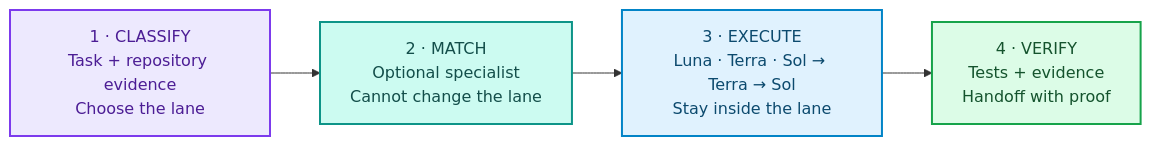
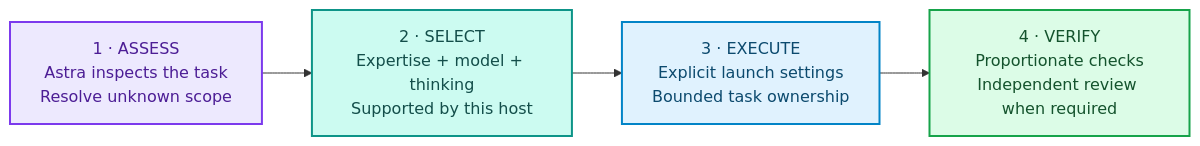
Before and after one commit to KarthikRamesh9149/laneorchestrator: the second of 2 diagrams in README.md, drawn with Mermaid. The commit also changed other lines of this file and 15 other files, not shown here.

Commit message:
feat: launch Astra with a cinematic Codex desktop and CLI demo

````diff
--- a/README.md
+++ b/README.md
@@ -118,16 +113,14 @@
 ```mermaid
 flowchart LR
-    CLASSIFY["1 · CLASSIFY<br/>Task + repository evidence<br/>Choose the lane"] --> MATCH["2 · MATCH<br/>Optional specialist<br/>Cannot change the lane"]
-    MATCH --> EXECUTE["3 · EXECUTE<br/>Luna · Terra · Sol → Terra → Sol<br/>Stay inside the lane"]
-    EXECUTE --> VERIFY["4 · VERIFY<br/>Tests + evidence<br/>Handoff with proof"]
-
+    ASSESS["1 · ASSESS<br/>Astra inspects the task<br/>Resolve unknown scope"] --> SELECT["2 · SELECT<br/>Expertise + model + thinking<br/>Supported by this host"]
+    SELECT --> EXECUTE["3 · EXECUTE<br/>Explicit launch settings<br/>Bounded task ownership"]
+    EXECUTE --> VERIFY["4 · VERIFY<br/>Proportionate checks<br/>Independent review when required"]
     classDef classify fill:#EDE9FE,stroke:#7C3AED,color:#4C1D95,stroke-width:2px;
     classDef match fill:#CCFBF1,stroke:#0D9488,color:#134E4A,stroke-width:2px;
     classDef execute fill:#E0F2FE,stroke:#0284C7,color:#0C4A6E,stroke-width:2px;
     classDef verify fill:#DCFCE7,stroke:#16A34A,color:#14532D,stroke-width:2px;
-
-    class CLASSIFY classify;
-    class MATCH match;
+    class ASSESS classify;
+    class SELECT match;
     class EXECUTE execute;
     class VERIFY verify;
 ```
````
